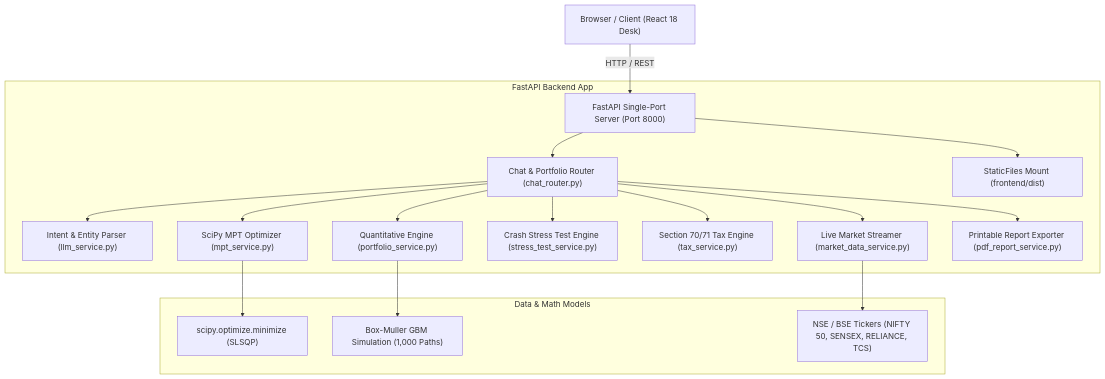
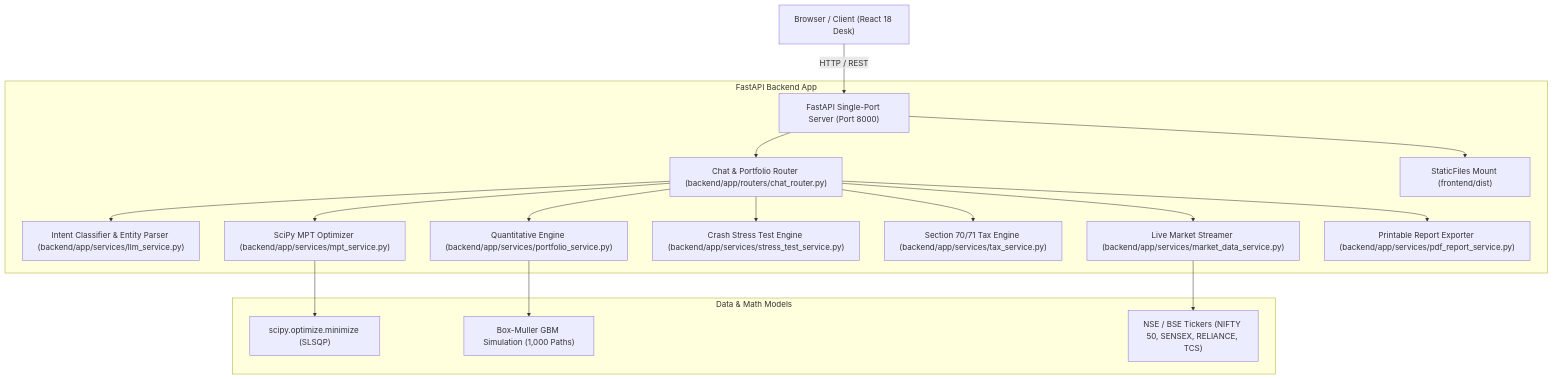
The diagram in E2E_TECHNICAL_REPORT.md (dhruv0402/Finbot-Hackathon), drawn with Mermaid before and after one commit. The commit also changed other lines of this file and 1 other file, not shown here.

Commit message:
docs: refine technical report with precise NLP framing, relative paths, unittest output, tax disclaimer, and security roadmap

````diff
--- a/E2E_TECHNICAL_REPORT.md
+++ b/E2E_TECHNICAL_REPORT.md
@@ -21,23 +21,23 @@
 ```mermaid
 graph TD
     Client["Browser / Client (React 18 Desk)"] -->|HTTP / REST| SinglePortServer["FastAPI Single-Port Server (Port 8000)"]
     
     subgraph FastAPI Backend App
-        SinglePortServer --> Router["Chat & Portfolio Router (chat_router.py)"]
+        SinglePortServer --> Router["Chat & Portfolio Router (backend/app/routers/chat_router.py)"]
         SinglePortServer --> StaticMount["StaticFiles Mount (frontend/dist)"]
         
-        Router --> LLMService["Intent & Entity Parser (llm_service.py)"]
-        Router --> PortfolioService["Quantitative Engine (portfolio_service.py)"]
-        Router --> MPTService["SciPy MPT Optimizer (mpt_service.py)"]
-        Router --> StressService["Crash Stress Test Engine (stress_test_service.py)"]
-        Router --> TaxService["Section 70/71 Tax Engine (tax_service.py)"]
-        Router --> MarketService["Live Market Streamer (market_data_service.py)"]
-        Router --> PDFService["Printable Report Exporter (pdf_report_service.py)"]
+        Router --> LLMService["Intent Classifier & Entity Parser (backend/app/services/llm_service.py)"]
+        Router --> PortfolioService["Quantitative Engine (backend/app/services/portfolio_service.py)"]
+        Router --> MPTService["SciPy MPT Optimizer (backend/app/services/mpt_service.py)"]
+        Router --> StressService["Crash Stress Test Engine (backend/app/services/stress_test_service.py)"]
+        Router --> TaxService["Section 70/71 Tax Engine (backend/app/services/tax_service.py)"]
+        Router --> MarketService["Live Market Streamer (backend/app/services/market_data_service.py)"]
+        Router --> PDFService["Printable Report Exporter (backend/app/services/pdf_report_service.py)"]
     end
     
     subgraph Data & Math Models
         MPTService --> SLSQPSolver["scipy.optimize.minimize (SLSQP)"]
         PortfolioService --> MonteCarlo["Box-Muller GBM Simulation (1,000 Paths)"]
         MarketService --> IndianTickers["NSE / BSE Tickers (NIFTY 50, SENSEX, RELIANCE, TCS)"]
     end
 ```
````
